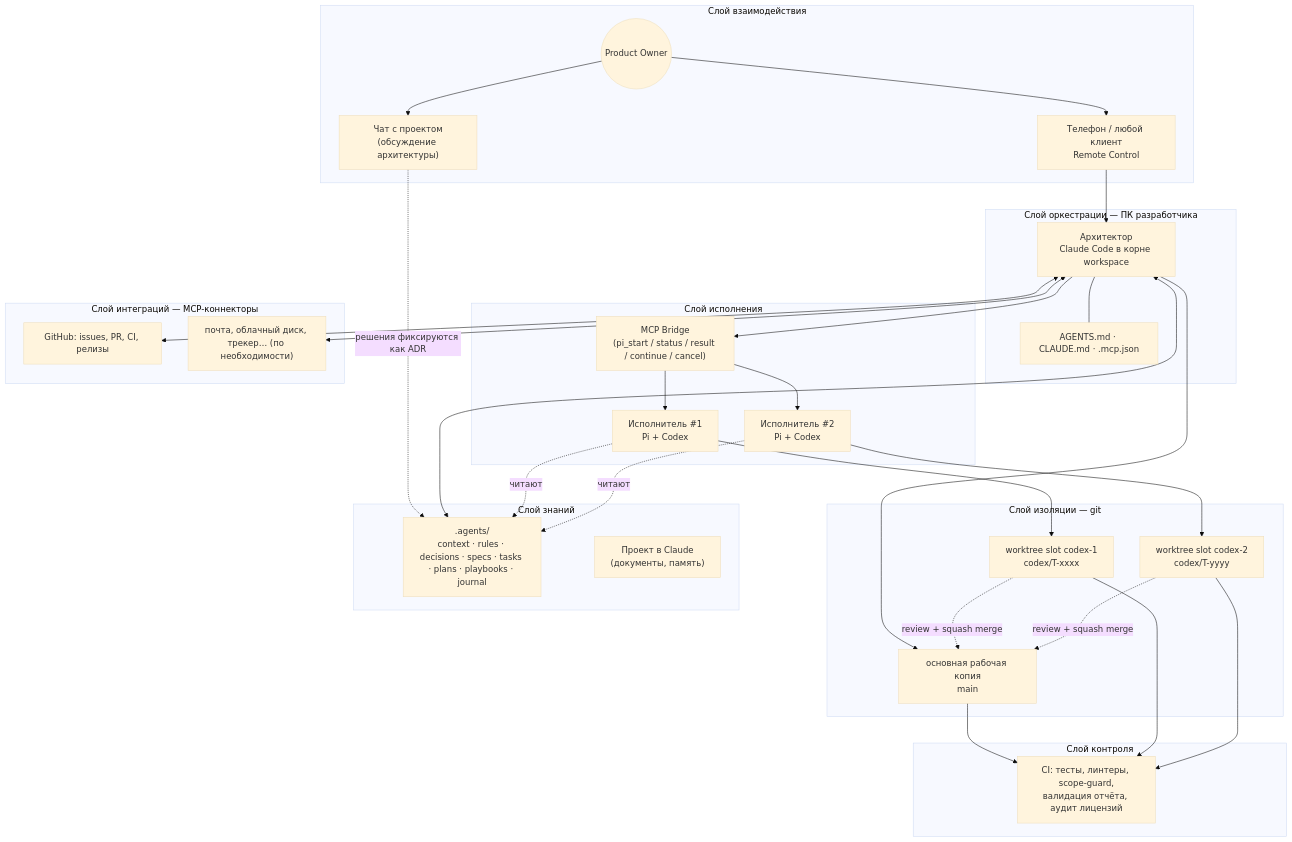
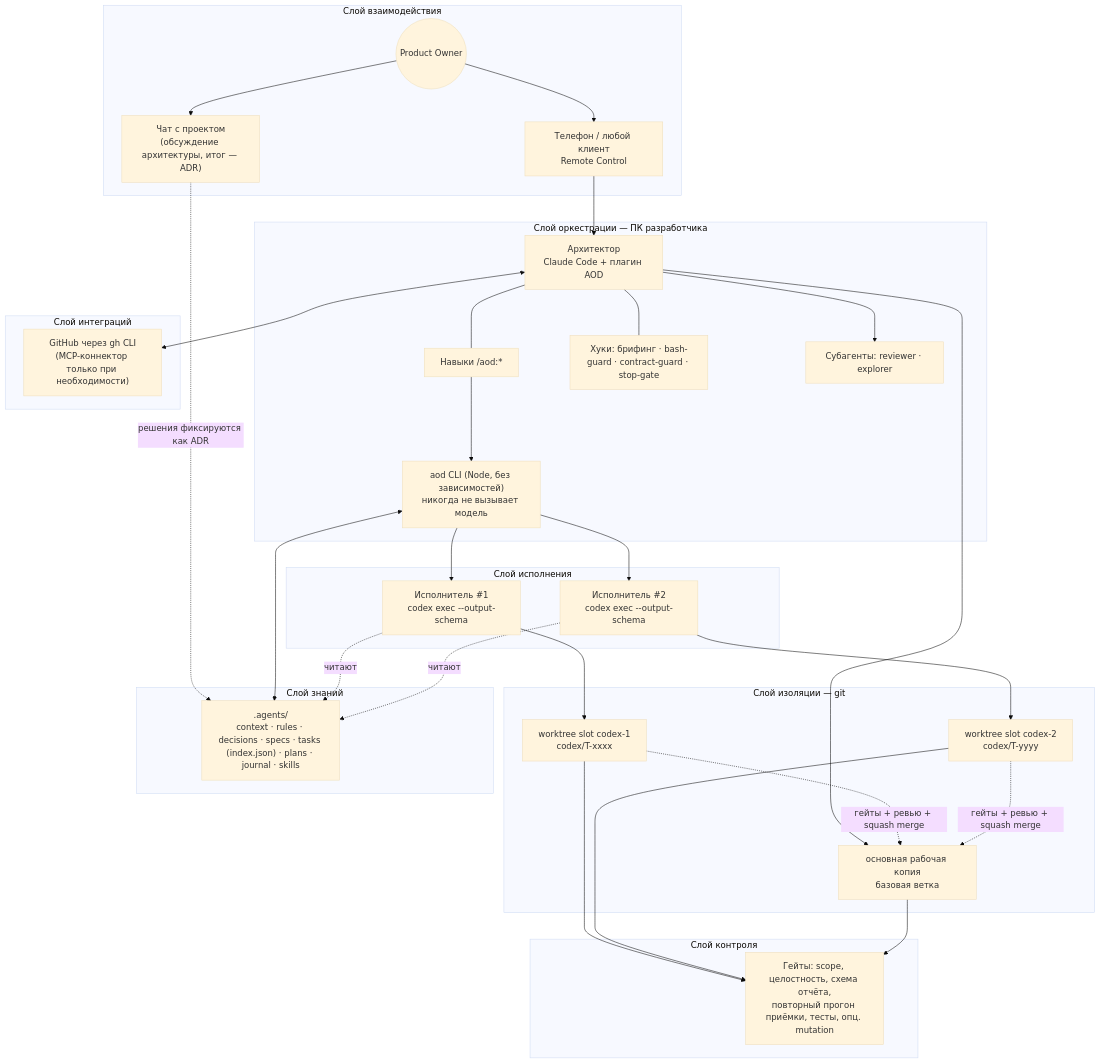
The first of 4 diagrams in docs/aod-methodology.md (timursafiullin/aod), drawn with Mermaid (base theme) before and after one commit. The commit also changed other lines of this file and 2 other files, not shown here.

First line of the commit message:
docs: update the Russian methodology to AOD 2.0

````diff
--- a/docs/aod-methodology.md
+++ b/docs/aod-methodology.md
@@ -174,48 +213,49 @@
 ```mermaid
 flowchart TB
     subgraph L1["Слой взаимодействия"]
         PO((Product Owner))
         Phone["Телефон / любой клиент<br/>Remote Control"]
-        Chat["Чат с проектом<br/>(обсуждение архитектуры)"]
+        Chat["Чат с проектом<br/>(обсуждение архитектуры, итог — ADR)"]
     end
     subgraph L2["Слой оркестрации — ПК разработчика"]
-        Arch["Архитектор<br/>Claude Code в корне workspace"]
-        Cfg["AGENTS.md · CLAUDE.md · .mcp.json"]
+        Arch["Архитектор<br/>Claude Code + плагин AOD"]
+        Skills["Навыки /aod:*"]
+        Hooks["Хуки: брифинг · bash-guard · contract-guard · stop-gate"]
+        CLI["aod CLI (Node, без зависимостей)<br/>никогда не вызывает модель"]
+        Sub["Субагенты: reviewer · explorer"]
     end
     subgraph L3["Слой исполнения"]
-        Bridge["MCP Bridge<br/>(pi_start / status / result / continue / cancel)"]
-        W1["Исполнитель #1<br/>Pi + Codex"]
-        W2["Исполнитель #2<br/>Pi + Codex"]
+        W1["Исполнитель #1<br/>codex exec --output-schema"]
+        W2["Исполнитель #2<br/>codex exec --output-schema"]
     end
     subgraph L4["Слой изоляции — git"]
-        Main["основная рабочая копия<br/>main"]
+        Main["основная рабочая копия<br/>базовая ветка"]
         S1["worktree slot codex-1<br/>codex/T-xxxx"]
         S2["worktree slot codex-2<br/>codex/T-yyyy"]
     end
     subgraph L5["Слой знаний"]
-        Agents[".agents/<br/>context · rules · decisions · specs · tasks · plans · playbooks · journal"]
-        Proj["Проект в Claude<br/>(документы, память)"]
+        Agents[".agents/<br/>context · rules · decisions · specs · tasks (index.json) · plans · journal · skills"]
     end
-    subgraph L6["Слой интеграций — MCP-коннекторы"]
-        GH["GitHub: issues, PR, CI, релизы"]
-        Ext["почта, облачный диск, трекер… (по необходимости)"]
+    subgraph L6["Слой интеграций"]
+        GH["GitHub через gh CLI<br/>(MCP-коннектор только при необходимости)"]
     end
     subgraph L7["Слой контроля"]
-        CI["CI: тесты, линтеры, scope-guard,<br/>валидация отчёта, аудит лицензий"]
+        CI["Гейты: scope, целостность, схема отчёта,<br/>повторный прогон приёмки, тесты, опц. mutation"]
     end
 
     PO --> Phone --> Arch
     PO --> Chat -.решения фиксируются как ADR.-> Agents
-    Arch --- Cfg
-    Arch --> Bridge --> W1 & W2
+    Arch --- Skills --> CLI
+    Arch --- Hooks
+    Arch --> Sub
+    CLI --> W1 & W2
     W1 --> S1
     W2 --> S2
     Arch --> Main
-    S1 & S2 -.review + squash merge.-> Main
-    Arch <--> Agents
+    S1 & S2 -.гейты + ревью + squash merge.-> Main
+    CLI <--> Agents
     W1 & W2 -.читают.-> Agents
     Arch <--> GH
-    Arch <--> Ext
+    S1 & S2 --> CI
     Main --> CI
-    S1 & S2 --> CI
 ```
````
